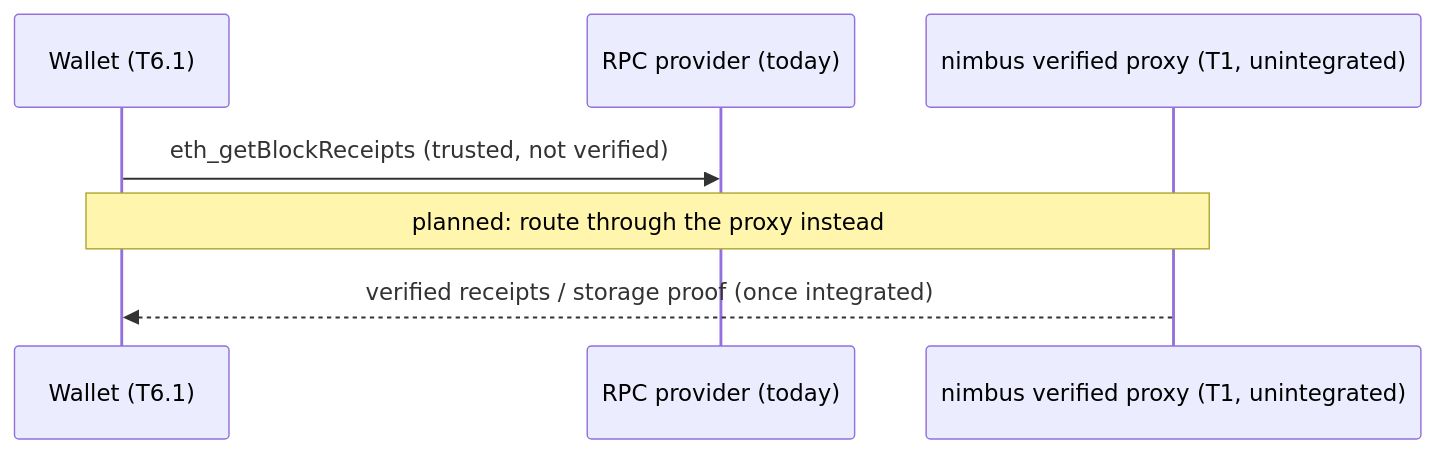
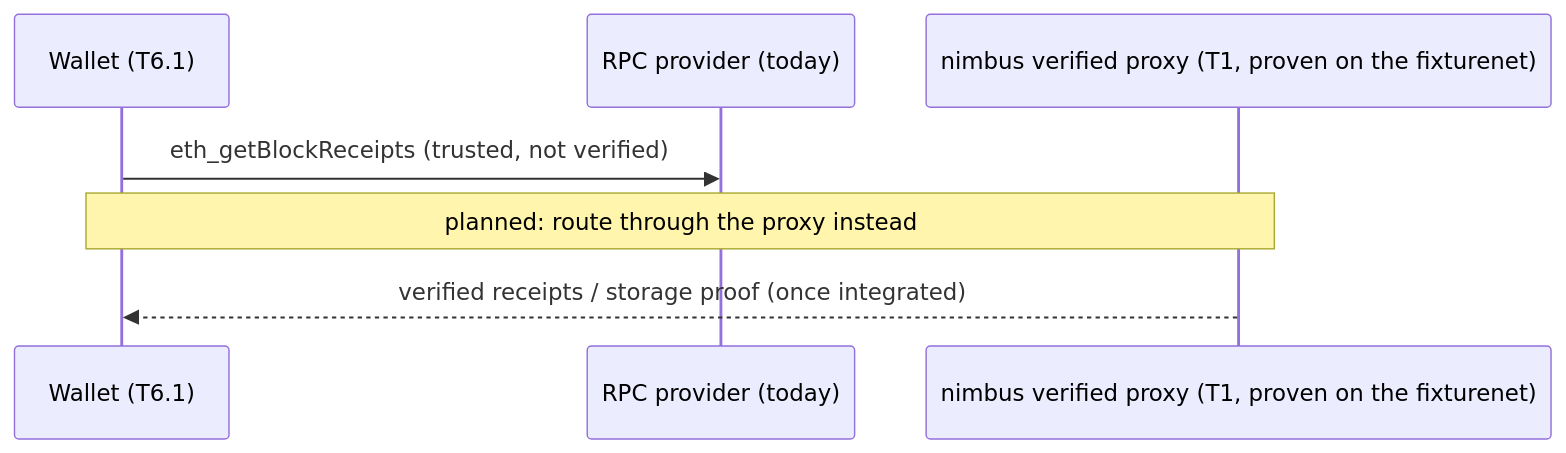
One commit to AFDudley/armada-laconic changed the fourth of 4 diagrams in engineering/06-runtime-view.md. Above: the diagram before and after it, drawn with Mermaid. The commit also changed other lines of this file and 43 other files, not shown here.

First line of the commit message:
Docs: reflect the proven fixturenet proof, archive-layer plan, and the no-Sepolia ruling

````diff
--- a/engineering/06-runtime-view.md
+++ b/engineering/06-runtime-view.md
@@ -158,9 +159,9 @@
 ```mermaid
 sequenceDiagram
   participant W as Wallet (T6.1)
   participant RPC as RPC provider (today)
-  participant PX as nimbus verified proxy (T1, unintegrated)
+  participant PX as nimbus verified proxy (T1, proven on the fixturenet)
   W->>RPC: eth_getBlockReceipts (trusted, not verified)
   Note over W,PX: planned: route through the proxy instead
   PX-->>W: verified receipts / storage proof (once integrated)
 ```
````
